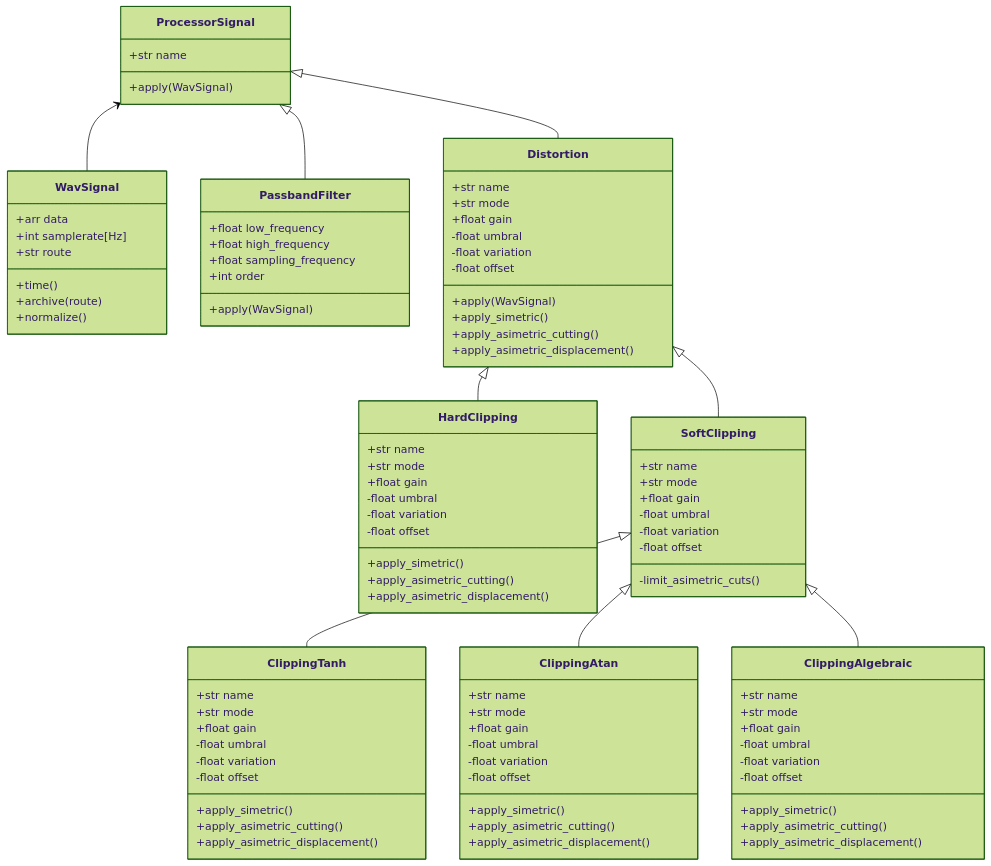
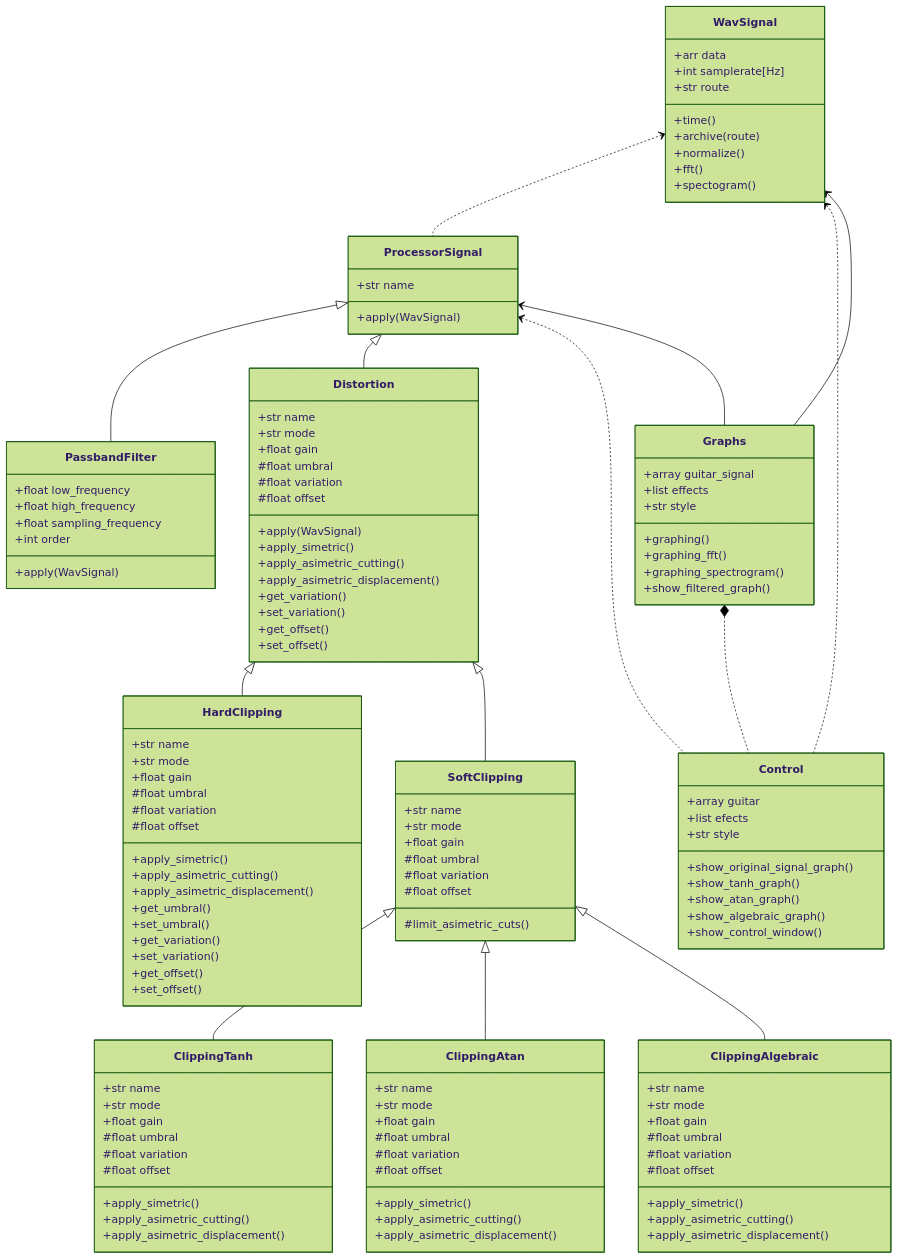
The diagram in README.md (angutierrezgi/Blue_Slashes), drawn with Mermaid (forest theme) before and after one commit.

Commit message:
README proyect

````diff
--- a/README.md
+++ b/README.md
@@ -206,6 +206,8 @@
 	    +time()
 	    +archive(route)
 	    +normalize()
+        +fft()
+        +spectogram()
     }
 
     class ProcessorSignal {
@@ -225,44 +227,54 @@
 	    +str name
 	    +str mode
 	    +float gain
-	    -float umbral
-	    -float variation
-	    -float offset
+	    #float umbral
+	    #float variation
+	    #float offset
 	    +apply(WavSignal)
 	    +apply_simetric()
 	    +apply_asimetric_cutting()
 	    +apply_asimetric_displacement()
+        +get_variation()
+        +set_variation()
+        +get_offset()
+        +set_offset()
     }
 
     class HardClipping {
 	    +str name
 	    +str mode
 	    +float gain
-	    -float umbral
-	    -float variation
-	    -float offset
+	    #float umbral
+	    #float variation
+	    #float offset
 	    +apply_simetric()
 	    +apply_asimetric_cutting()
 	    +apply_asimetric_displacement()
+        +get_umbral()
+        +set_umbral()
+        +get_variation()
+        +set_variation()
+        +get_offset()
+        +set_offset()
     }
 
     class SoftClipping {
 	    +str name
 	    +str mode
 	    +float gain
-	    -float umbral
-	    -float variation
-	    -float offset
-	    -limit_asimetric_cuts()
+	    #float umbral
+	    #float variation
+	    #float offset
+	    #limit_asimetric_cuts()
     }
 
     class ClippingTanh {
 	    +str name
 	    +str mode
 	    +float gain
-	    -float umbral
-	    -float variation
-	    -float offset
+	    #float umbral
+	    #float variation
+	    #float offset
 	    +apply_simetric()
 	    +apply_asimetric_cutting()
 	    +apply_asimetric_displacement()
@@ -272,9 +284,9 @@
 	    +str name
 	    +str mode
 	    +float gain
-	    -float umbral
-	    -float variation
-	    -float offset
+	    #float umbral
+	    #float variation
+	    #float offset
 	    +apply_simetric()
 	    +apply_asimetric_cutting()
 	    +apply_asimetric_displacement()
@@ -284,15 +296,35 @@
 	    +str name
 	    +str mode
 	    +float gain
-	    -float umbral
-	    -float variation
-	    -float offset
+	    #float umbral
+	    #float variation
+	    #float offset
 	    +apply_simetric()
 	    +apply_asimetric_cutting()
 	    +apply_asimetric_displacement()
+        
+    }
+    class Control {
+        +array guitar
+        +list efects
+        +str style
+        +show_original_signal_graph()
+        +show_tanh_graph()
+        +show_atan_graph()
+        +show_algebraic_graph()
+        +show_control_window()
+    }
+    class Graphs {
+    +array guitar_signal
+    +list effects
+    +str style
+    +graphing()
+    +graphing_fft()
+    +graphing_spectrogram()
+    +show_filtered_graph()
     }
 
-    ProcessorSignal <-- WavSignal
+    WavSignal <.. ProcessorSignal
     ProcessorSignal <|-- PassbandFilter
     ProcessorSignal <|-- Distortion
     Distortion <|-- HardClipping
@@ -300,4 +332,9 @@
     SoftClipping <|-- ClippingTanh
     SoftClipping <|-- ClippingAtan
     SoftClipping <|-- ClippingAlgebraic
+    ProcessorSignal <.. Control
+    WavSignal <.. Control
+    Graphs *.. Control
+    WavSignal <-- Graphs
+    ProcessorSignal <-- Graphs
 ```
````
